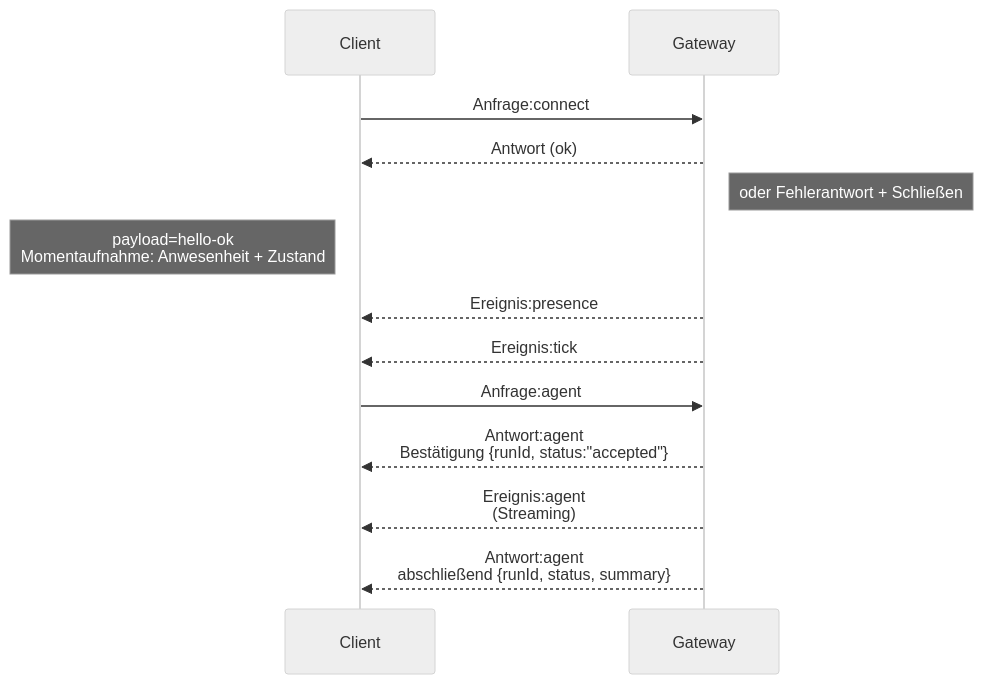
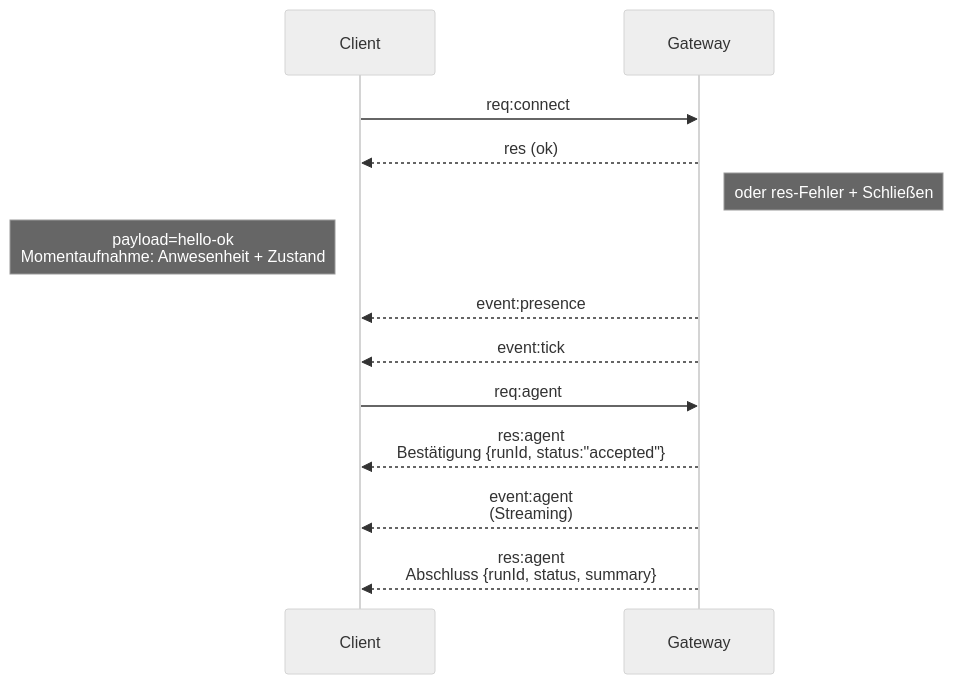
One commit to openclaw/docs changed the diagram in docs/de/concepts/architecture.md. Above: the diagram before and after it, drawn with Mermaid (neutral theme). The commit also changed other lines of this file and 11240 other files, not shown here.

````diff
--- a/docs/de/concepts/architecture.md
+++ b/docs/de/concepts/architecture.md
@@ -65,18 +64,18 @@
 ```mermaid
 sequenceDiagram
     participant Client
     participant Gateway
 
-    Client->>Gateway: Anfrage:connect
-    Gateway-->>Client: Antwort (ok)
-    Note right of Gateway: oder Fehlerantwort + Schließen
+    Client->>Gateway: req:connect
+    Gateway-->>Client: res (ok)
+    Note right of Gateway: oder res-Fehler + Schließen
     Note left of Client: payload=hello-ok<br>Momentaufnahme: Anwesenheit + Zustand
 
-    Gateway-->>Client: Ereignis:presence
-    Gateway-->>Client: Ereignis:tick
+    Gateway-->>Client: event:presence
+    Gateway-->>Client: event:tick
 
-    Client->>Gateway: Anfrage:agent
-    Gateway-->>Client: Antwort:agent<br>Bestätigung {runId, status:"accepted"}
-    Gateway-->>Client: Ereignis:agent<br>(Streaming)
-    Gateway-->>Client: Antwort:agent<br>abschließend {runId, status, summary}
+    Client->>Gateway: req:agent
+    Gateway-->>Client: res:agent<br>Bestätigung {runId, status:"accepted"}
+    Gateway-->>Client: event:agent<br>(Streaming)
+    Gateway-->>Client: res:agent<br>Abschluss {runId, status, summary}
 ```
````
